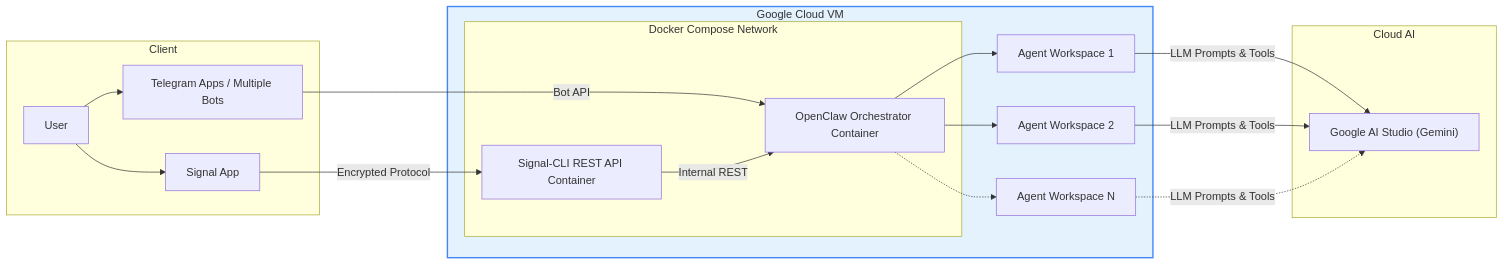
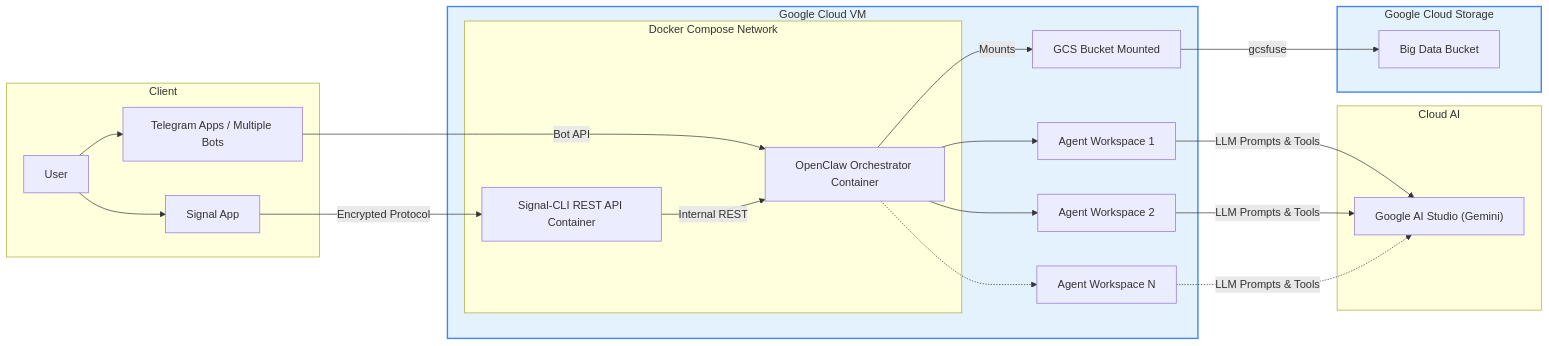
The diagram in README.md (danielvogler/Openclaw-Messenger-Agent-Bridge), drawn with Mermaid before and after one commit. The commit also changed other lines of this file and 12 other files, not shown here.

First line of the commit message:
Github syncs, GCS bucket mount, multiple users (#1)

````diff
--- a/README.md
+++ b/README.md
@@ -52,29 +52,34 @@
 ```mermaid
 graph LR
     subgraph Client
         U[User] --> S[Signal App]
         U --> T[Telegram Apps / Multiple Bots]
     end
 
     subgraph GCP_VM [Google Cloud VM]
         subgraph Docker_Network [Docker Compose Network]
             SA[Signal-CLI REST API Container]
             OC[OpenClaw Orchestrator Container]
         end
         S -->|Encrypted Protocol| SA
         T -->|Bot API| OC
         SA -->|Internal REST| OC
         OC --> A1[Agent Workspace 1]
         OC --> A2[Agent Workspace 2]
         OC -.-> AN[Agent Workspace N]
+        OC -->|Mounts| GCS_FUSE[GCS Bucket Mounted]
     end
 
     subgraph Cloud_AI [Cloud AI]
         A1 -->|LLM Prompts & Tools| VX["Google AI Studio (Gemini)"]
         A2 -->|LLM Prompts & Tools| VX
         AN -.->|LLM Prompts & Tools| VX
     end
 
+    subgraph Storage [Google Cloud Storage]
+        GCS_FUSE -->|gcsfuse| BUCKET[Big Data Bucket]
+    end
+
     classDef gcp fill:#e3f2fd,stroke:#4285f4,stroke-width:2px;
-    class GCP_VM gcp;
+    class GCP_VM,Storage gcp;
 ```
````
